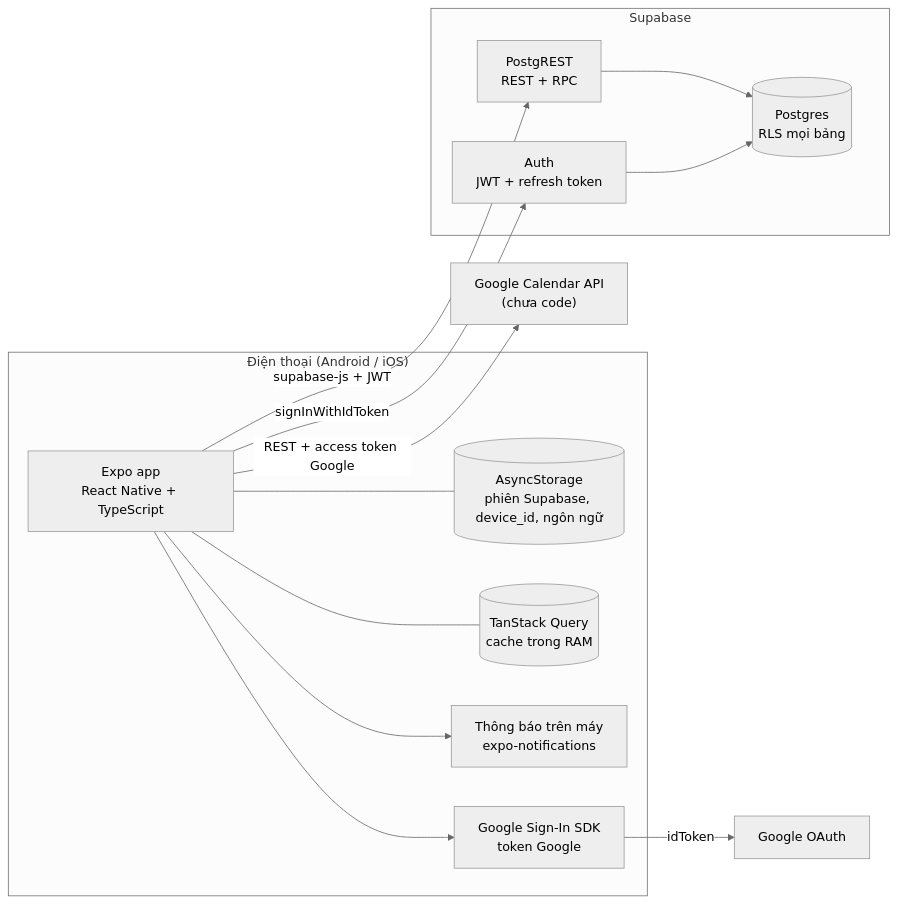
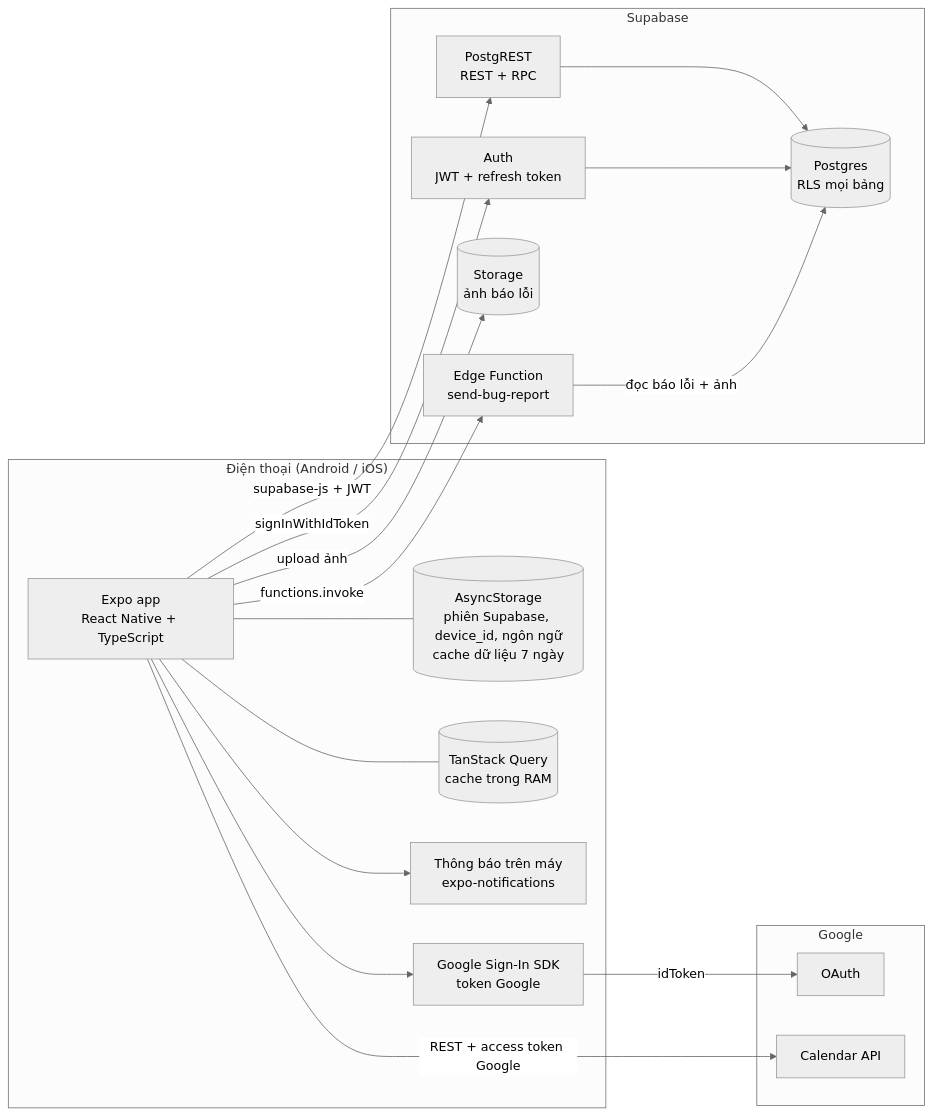
Before and after one commit to danhbuidcn/daynest: the first of 3 diagrams in docs/specs/architecture/index.md, drawn with Mermaid (neutral theme). The commit also changed other lines of this file and 13 other files, not shown here.

Commit message:
docs: update architecture to v5.0.1

````diff
--- a/docs/specs/architecture/index.md
+++ b/docs/specs/architecture/index.md
@@ -27,30 +28,37 @@
 ```mermaid
 flowchart LR
   subgraph Device["Điện thoại (Android / iOS)"]
     App["Expo app<br/>React Native + TypeScript"]
-    AS[("AsyncStorage<br/>phiên Supabase, device_id, ngôn ngữ")]
+    AS[("AsyncStorage<br/>phiên Supabase, device_id, ngôn ngữ<br/>cache dữ liệu 7 ngày")]
     Cache[("TanStack Query<br/>cache trong RAM")]
     Notif["Thông báo trên máy<br/>expo-notifications"]
     GSI["Google Sign-In SDK<br/>token Google"]
   end
 
   subgraph Supabase["Supabase"]
     Auth["Auth<br/>JWT + refresh token"]
     REST["PostgREST<br/>REST + RPC"]
     PG[("Postgres<br/>RLS mọi bảng")]
+    Store[("Storage<br/>ảnh báo lỗi")]
+    Fn["Edge Function<br/>send-bug-report"]
   end
 
-  Google["Google OAuth"]
-  GCal["Google Calendar API<br/>(chưa code)"]
+  subgraph GoogleSide["Google"]
+    Google["OAuth"]
+    GCal["Calendar API"]
+  end
 
   App --- AS
   App --- Cache
   App --> Notif
   App --> GSI
   GSI -->|"idToken"| Google
   App -->|"signInWithIdToken"| Auth
   App -->|"supabase-js + JWT"| REST
   REST --> PG
   Auth --> PG
   App -->|"REST + access token Google"| GCal
+  App -->|"upload ảnh"| Store
+  App -->|"functions.invoke"| Fn
+  Fn -->|"đọc báo lỗi + ảnh"| PG
 ```
````
